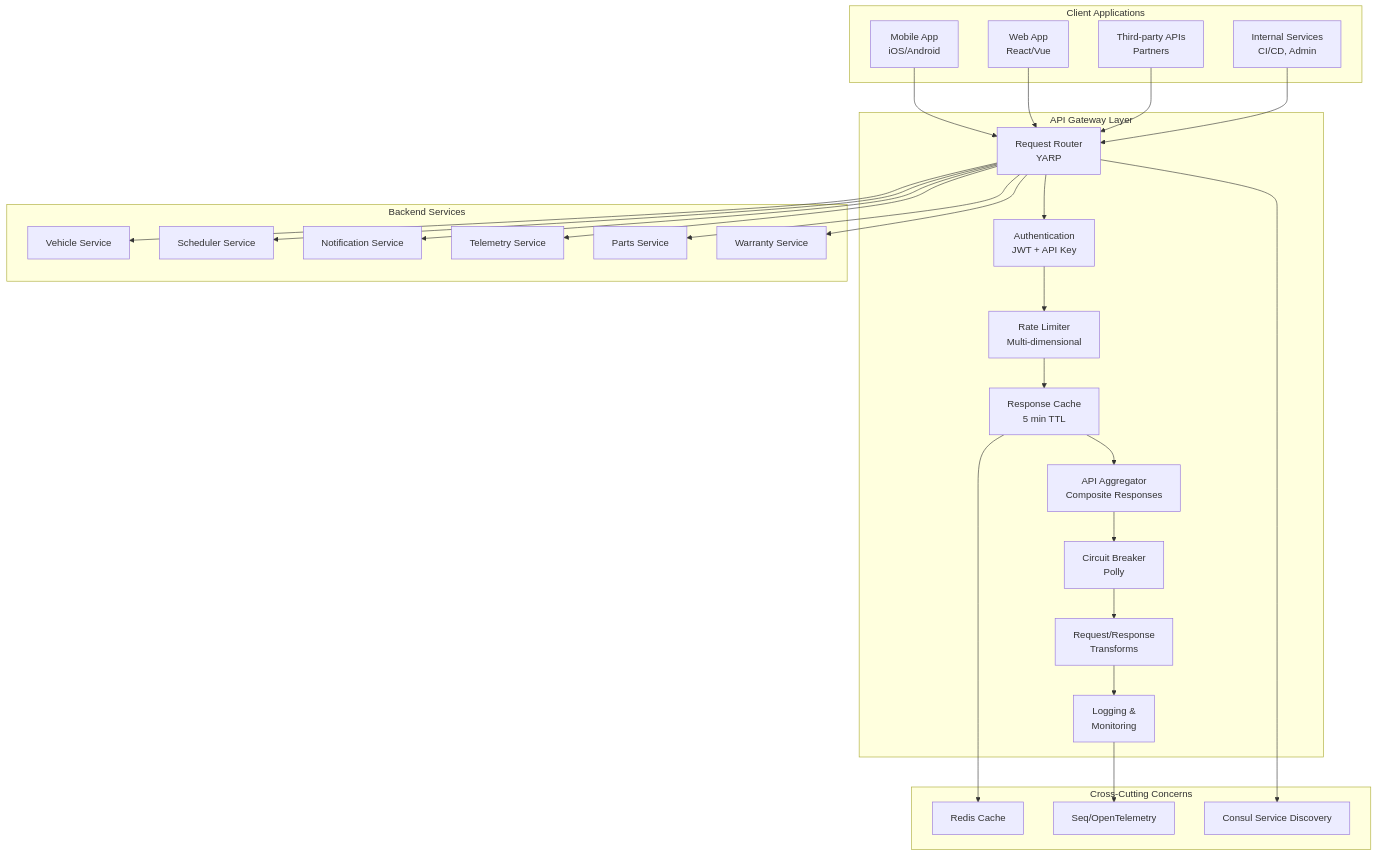
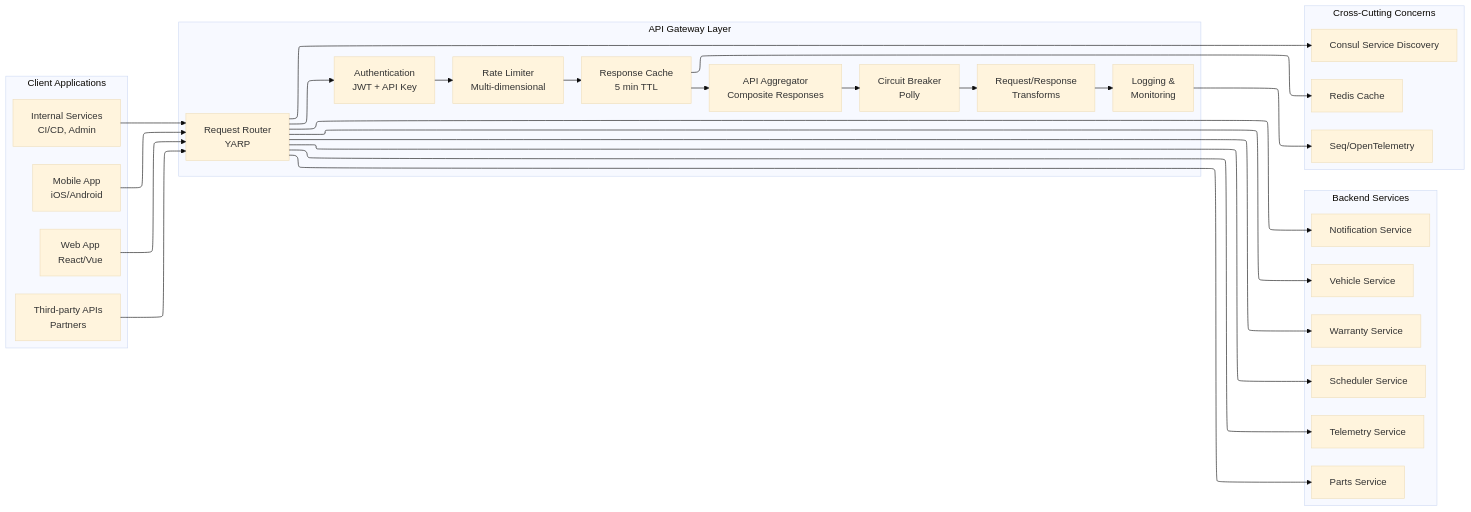
Before and after one commit to Vineet-Sharma-Medium-Stories/Medium-Build-Tool: the fourth of 5 diagrams in Vehixcare/Architecting Resilient Systems: 20 Essential Concepts Through a .NET Lens - Part 2.md, drawn with Mermaid. The commit also changed other lines of this file and 4 other files, not shown here.

````diff
--- a/Vehixcare/Architecting Resilient Systems: 20 Essential Concepts Through a .NET Lens - Part 2.md
+++ b/Vehixcare/Architecting Resilient Systems: 20 Essential Concepts Through a .NET Lens - Part 2.md
@@ -2188,59 +2222,49 @@
 ```mermaid
-graph TB
-    subgraph "Client Applications"
-        A1[Mobile App<br/>iOS/Android]
-        A2[Web App<br/>React/Vue]
-        A3[Third-party APIs<br/>Partners]
-        A4[Internal Services<br/>CI/CD, Admin]
-    end
-    
-    subgraph "API Gateway Layer"
-        B1[Request Router<br/>YARP]
-        B2[Authentication<br/>JWT + API Key]
-        B3[Rate Limiter<br/>Multi-dimensional]
-        B4[Response Cache<br/>5 min TTL]
-        B5[API Aggregator<br/>Composite Responses]
-        B6[Circuit Breaker<br/>Polly]
-        B7[Request/Response<br/>Transforms]
-        B8[Logging &<br/>Monitoring]
-    end
-    
-    subgraph "Backend Services"
-        C1[Vehicle Service]
-        C2[Scheduler Service]
-        C3[Notification Service]
-        C4[Telemetry Service]
-        C5[Parts Service]
-        C6[Warranty Service]
-    end
-    
-    subgraph "Cross-Cutting Concerns"
-        D1[Redis Cache]
-        D2[Seq/OpenTelemetry]
-        D3[Consul Service Discovery]
-    end
-    
+---
+config:
+  theme: base
+  layout: elk
+---
+flowchart LR
+ subgraph subGraph0["Client Applications"]
+        A1["Mobile App<br>iOS/Android"]
+        A2["Web App<br>React/Vue"]
+        A3["Third-party APIs<br>Partners"]
+        A4["Internal Services<br>CI/CD, Admin"]
+  end
+ subgraph subGraph1["API Gateway Layer"]
+        B1["Request Router<br>YARP"]
+        B2["Authentication<br>JWT + API Key"]
+        B3["Rate Limiter<br>Multi-dimensional"]
+        B4["Response Cache<br>5 min TTL"]
+        B5["API Aggregator<br>Composite Responses"]
+        B6["Circuit Breaker<br>Polly"]
+        B7["Request/Response<br>Transforms"]
+        B8["Logging &amp;<br>Monitoring"]
+  end
+ subgraph subGraph2["Backend Services"]
+        C1["Vehicle Service"]
+        C2["Scheduler Service"]
+        C3["Notification Service"]
+        C4["Telemetry Service"]
+        C5["Parts Service"]
+        C6["Warranty Service"]
+  end
+ subgraph subGraph3["Cross-Cutting Concerns"]
+        D1["Redis Cache"]
+        D2["Seq/OpenTelemetry"]
+        D3["Consul Service Discovery"]
+  end
     A1 --> B1
     A2 --> B1
     A3 --> B1
     A4 --> B1
-    
-    B1 --> B2
+    B1 --> B2 & C1 & C2 & C3 & C4 & C5 & C6 & D3
     B2 --> B3
     B3 --> B4
-    B4 --> B5
+    B4 --> B5 & D1
     B5 --> B6
     B6 --> B7
     B7 --> B8
-    
-    B1 --> C1
-    B1 --> C2
-    B1 --> C3
-    B1 --> C4
-    B1 --> C5
-    B1 --> C6
-    
-    B4 --> D1
     B8 --> D2
-    B1 --> D3
 ```
````
